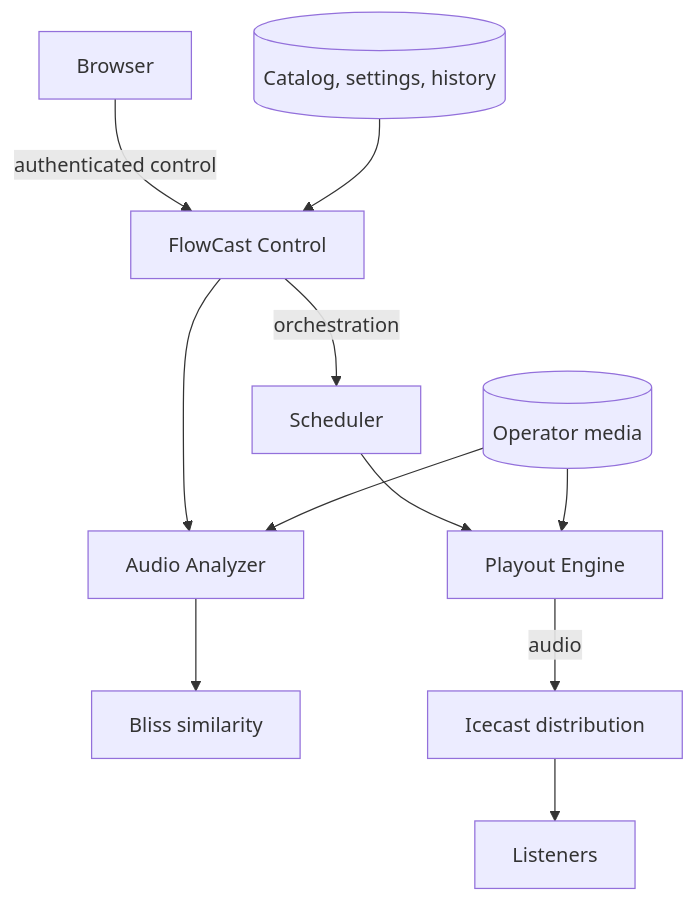
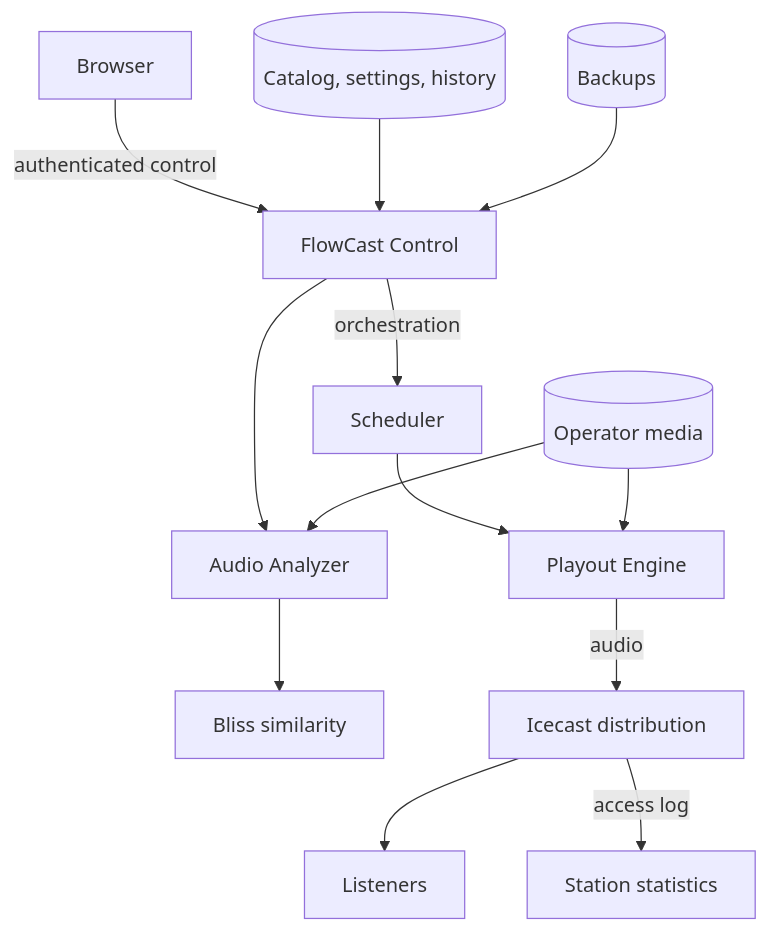
The diagram in README.md (chourmovs/FlowCast-Community), drawn with Mermaid before and after one commit. The commit also changed other lines of this file and 14 other files, not shown here.

````diff
--- a/README.md
+++ b/README.md
@@ -359,13 +296,15 @@
 ```mermaid
 flowchart TD
   B[Browser] -->|authenticated control| C[FlowCast Control]
   C -->|orchestration| S[Scheduler]
   S --> E[Playout Engine]
   C --> A[Audio Analyzer]
   A --> BL[Bliss similarity]
   E -->|audio| I[Icecast distribution]
   I --> L[Listeners]
+  I -->|access log| ST[Station statistics]
   DB[(Catalog, settings, history)] --> C
+  BK[(Backups)] --> C
   M[(Operator media)] --> A
   M --> E
 ```
````
